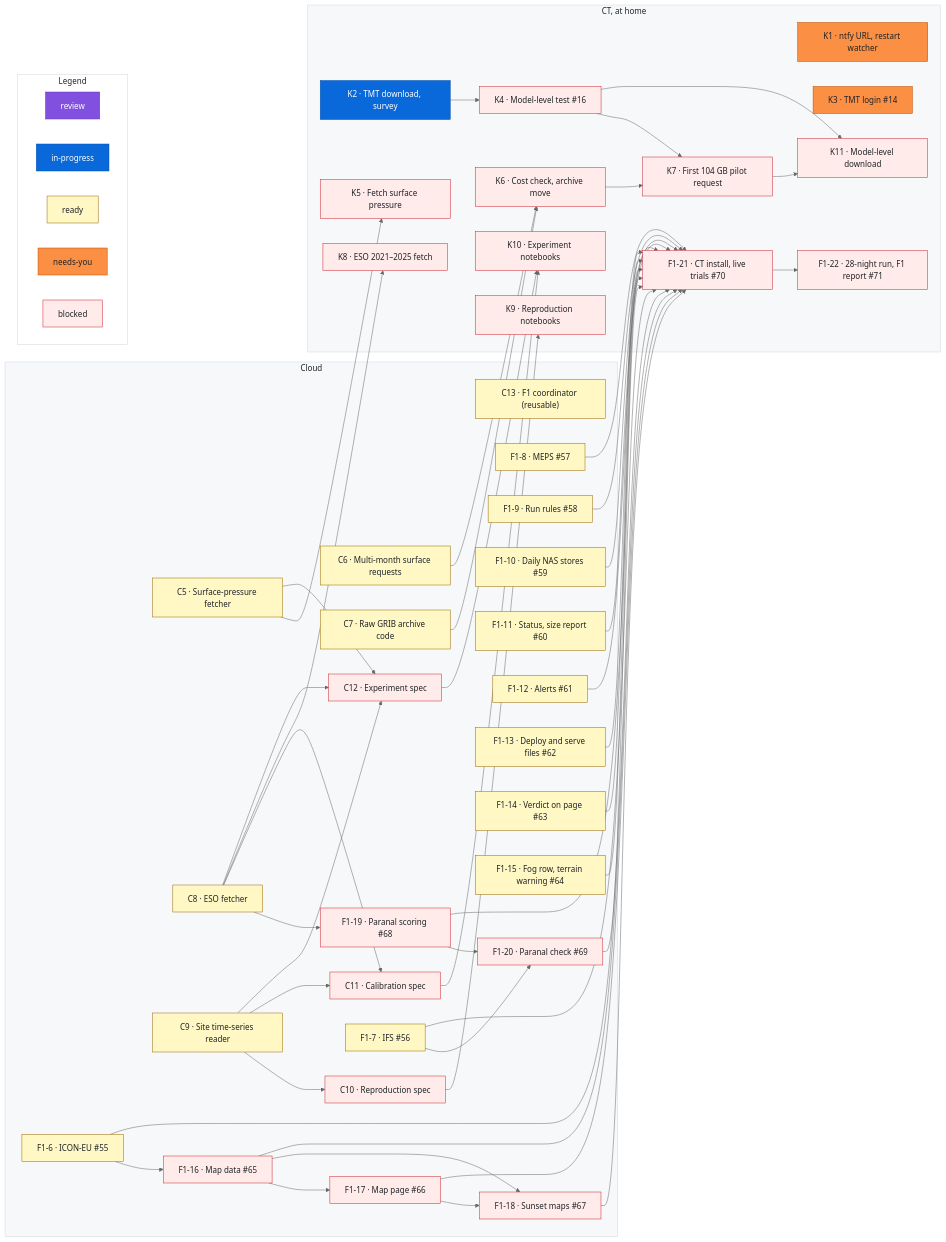
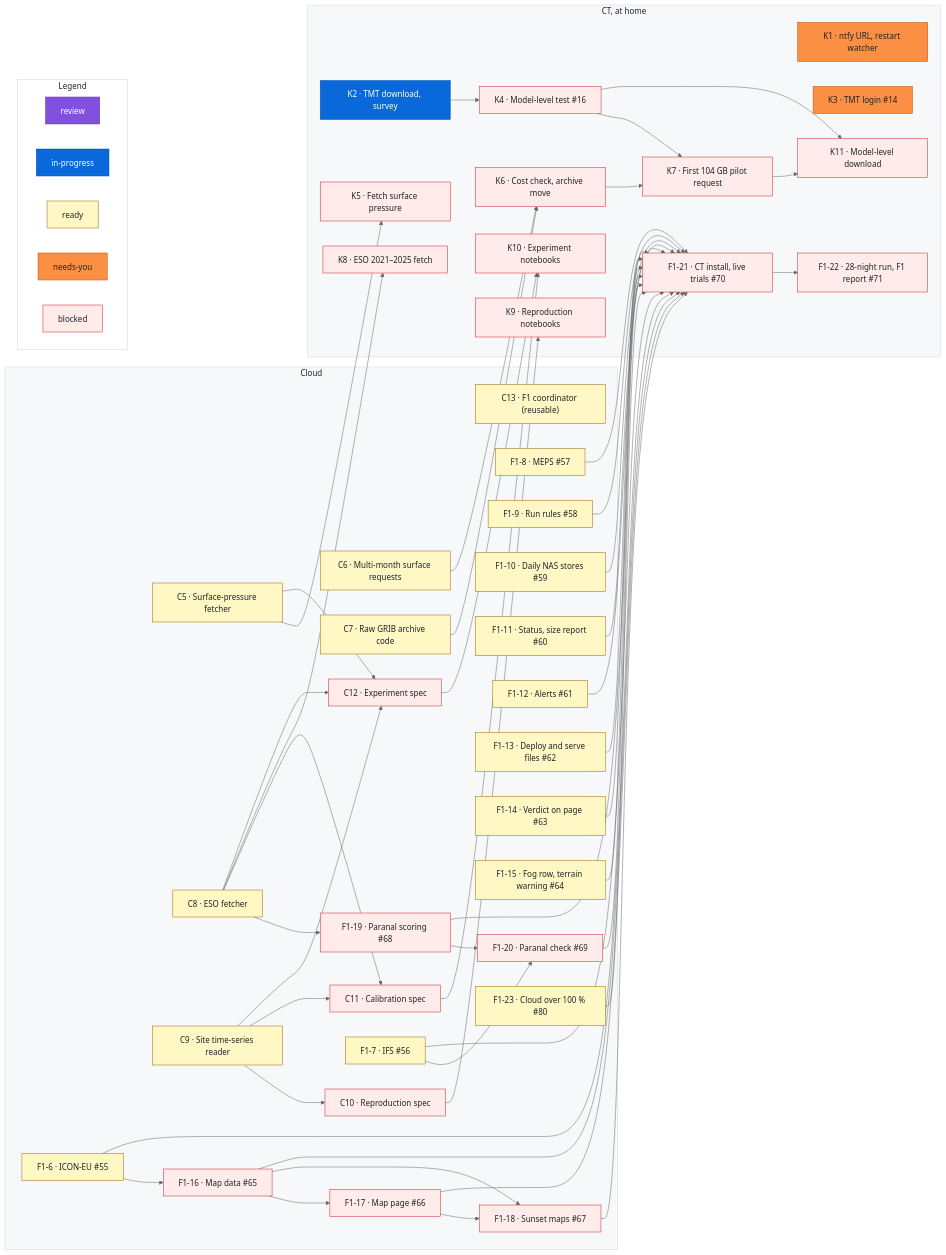
Before and after one commit to rrweller/Astro-seeing: the diagram in docs/roadmap.md, drawn with Mermaid (neutral theme). The commit also changed other lines of this file, not shown here.

First line of the commit message:
Roadmap: add F1-23 (cloud cover a hair over 100 % crashes the forecast tick, #80) (#81)

```diff
--- a/docs/roadmap.md
+++ b/docs/roadmap.md
@@ -123,6 +125,7 @@
     F1_18["F1-18 · Sunset maps #67"]
     F1_19["F1-19 · Paranal scoring #68"]
     F1_20["F1-20 · Paranal check #69"]
+    F1_23["F1-23 · Cloud over 100 % #80"]
   end
   subgraph ct["CT, at home"]
     K1["K1 · ntfy URL, restart watcher"]
@@ -161,6 +164,7 @@
   F1_18 --> F1_21
   F1_19 --> F1_21
   F1_20 --> F1_21
+  F1_23 --> F1_21
   F1_21 --> F1_22
   C9 --> C10
   C8 --> C11
@@ -247,6 +251,8 @@
   %% ---
   class F1_22 blocked
   %% ---
+  class F1_23 ready
+  %% ---
   class K1 needsyou
   %% ---
   class K2 inprogress
```
